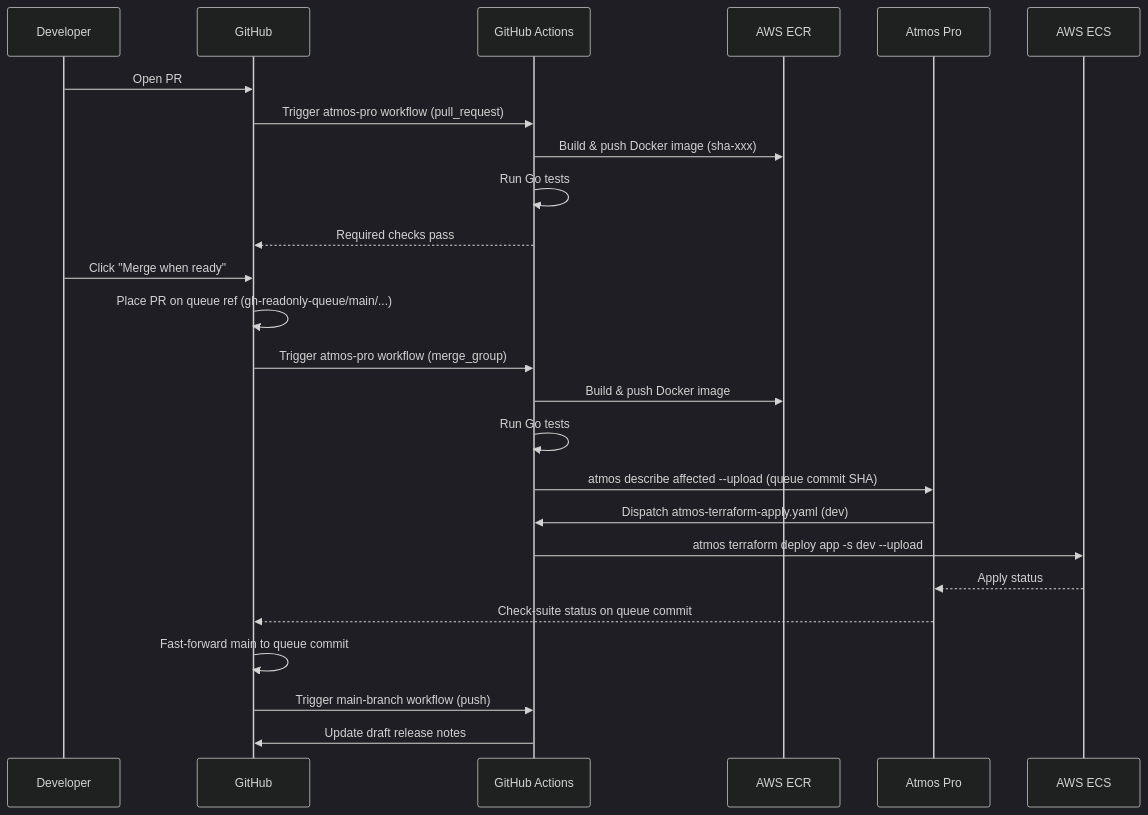
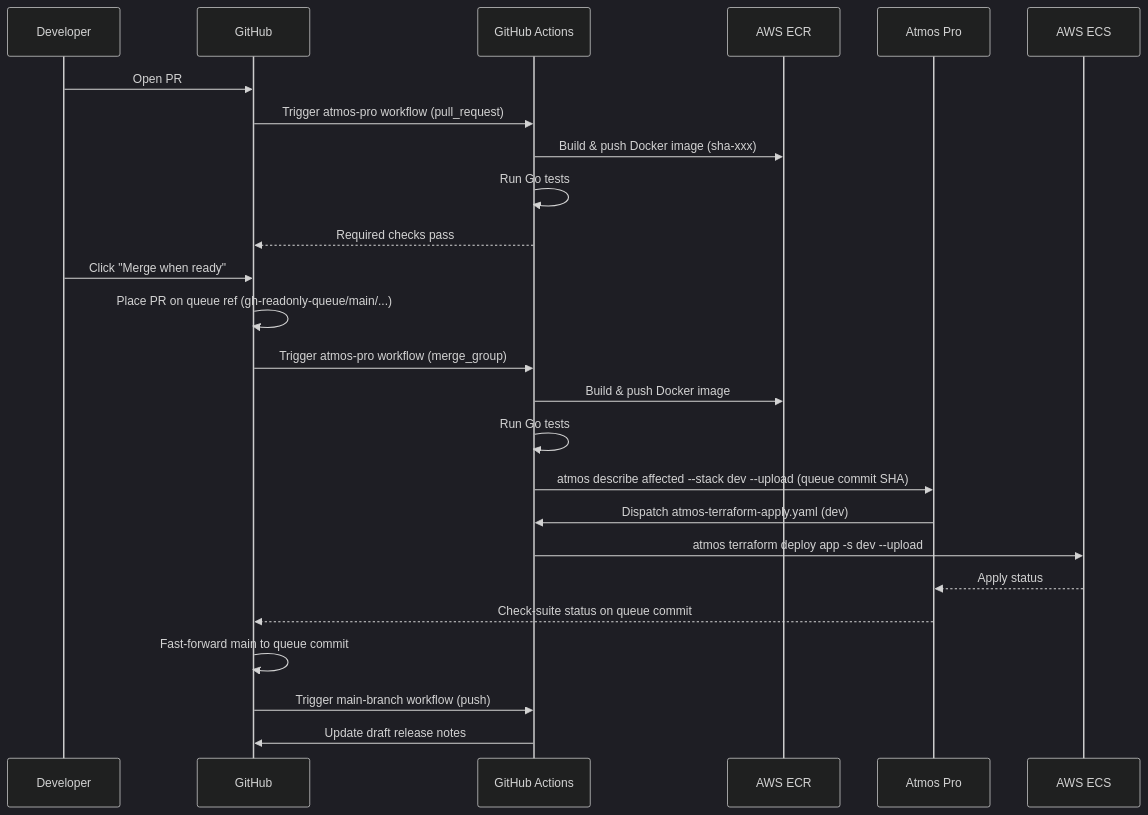
The first of 5 diagrams in .github/workflows/README.md (cloudposse-examples/atmos-pro-with-ecs), drawn with Mermaid (dark theme) before and after one commit. The commit also changed other lines of this file and 8 other files, not shown here.

````diff
--- a/.github/workflows/README.md
+++ b/.github/workflows/README.md
@@ -49,28 +49,28 @@
 ```mermaid
 sequenceDiagram
     participant Dev as Developer
     participant GH as GitHub
     participant GA as GitHub Actions
     participant ECR as AWS ECR
     participant AP as Atmos Pro
     participant ECS as AWS ECS
 
     Dev->>GH: Open PR
     GH->>GA: Trigger atmos-pro workflow (pull_request)
     GA->>ECR: Build & push Docker image (sha-xxx)
     GA->>GA: Run Go tests
     GA-->>GH: Required checks pass
     Dev->>GH: Click "Merge when ready"
     GH->>GH: Place PR on queue ref (gh-readonly-queue/main/...)
     GH->>GA: Trigger atmos-pro workflow (merge_group)
     GA->>ECR: Build & push Docker image
     GA->>GA: Run Go tests
-    GA->>AP: atmos describe affected --upload (queue commit SHA)
+    GA->>AP: atmos describe affected --stack dev --upload (queue commit SHA)
     AP->>GA: Dispatch atmos-terraform-apply.yaml (dev)
     GA->>ECS: atmos terraform deploy app -s dev --upload
     ECS-->>AP: Apply status
     AP-->>GH: Check-suite status on queue commit
     GH->>GH: Fast-forward main to queue commit
     GH->>GA: Trigger main-branch workflow (push)
     GA->>GH: Update draft release notes
 ```
````
